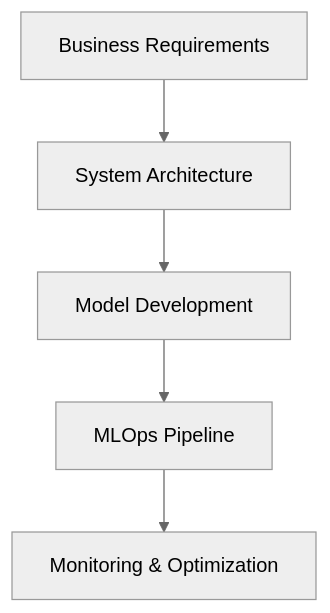
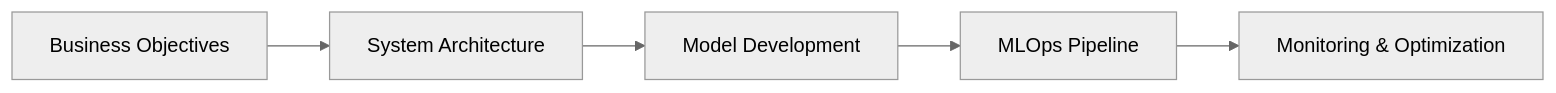
Before and after one commit to abhi1497/abhi1497: the diagram in README.md, drawn with Mermaid (neutral theme). The commit also changed other lines of this file, not shown here.

````diff
--- a/README.md
+++ b/README.md
@@ -53,7 +37,7 @@
 ```mermaid
-graph TD
-    A[Business Requirements] --> B[System Architecture]
+flowchart LR
+    A[Business Objectives] --> B[System Architecture]
     B --> C[Model Development]
     C --> D[MLOps Pipeline]
     D --> E[Monitoring & Optimization]
 ```
````
